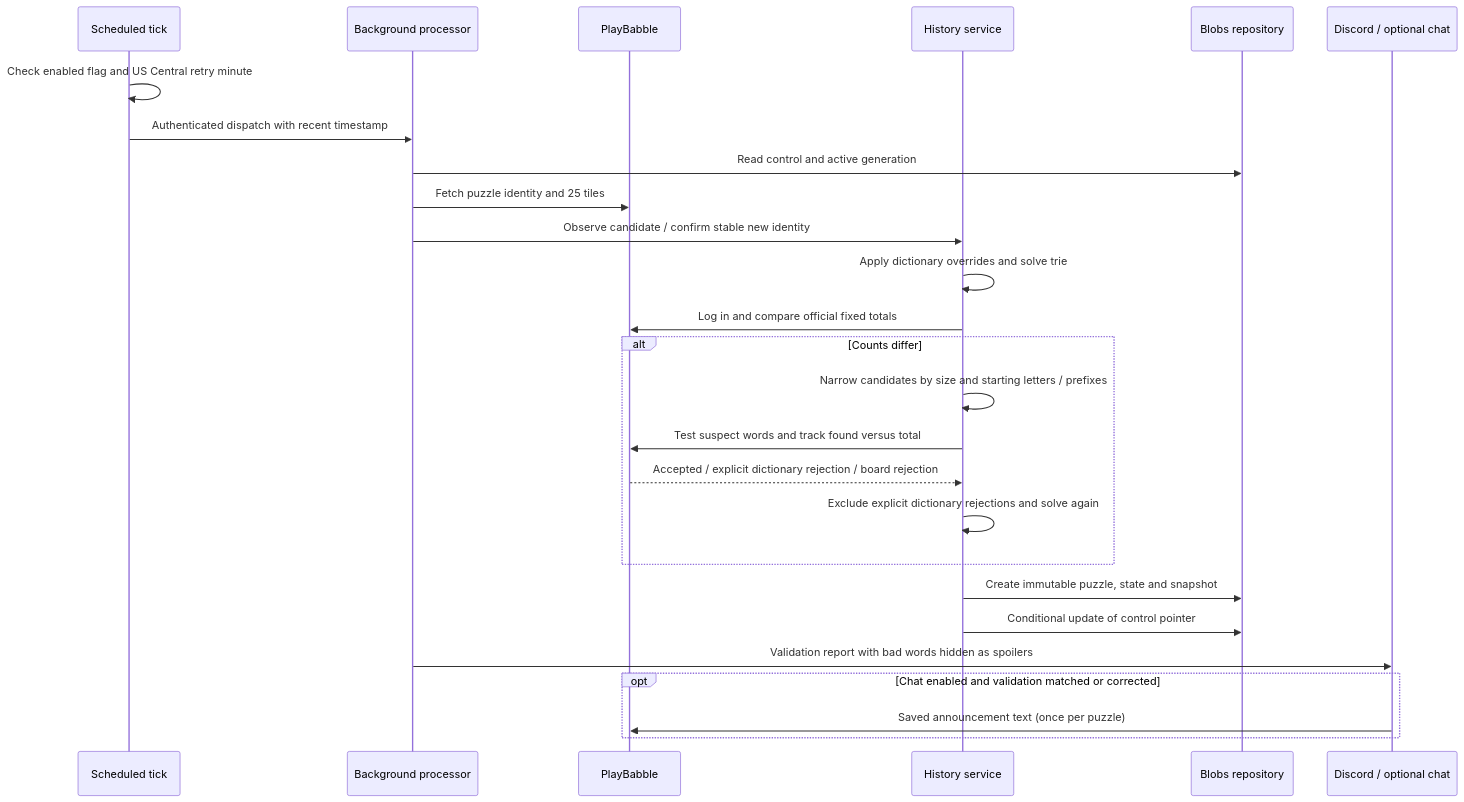
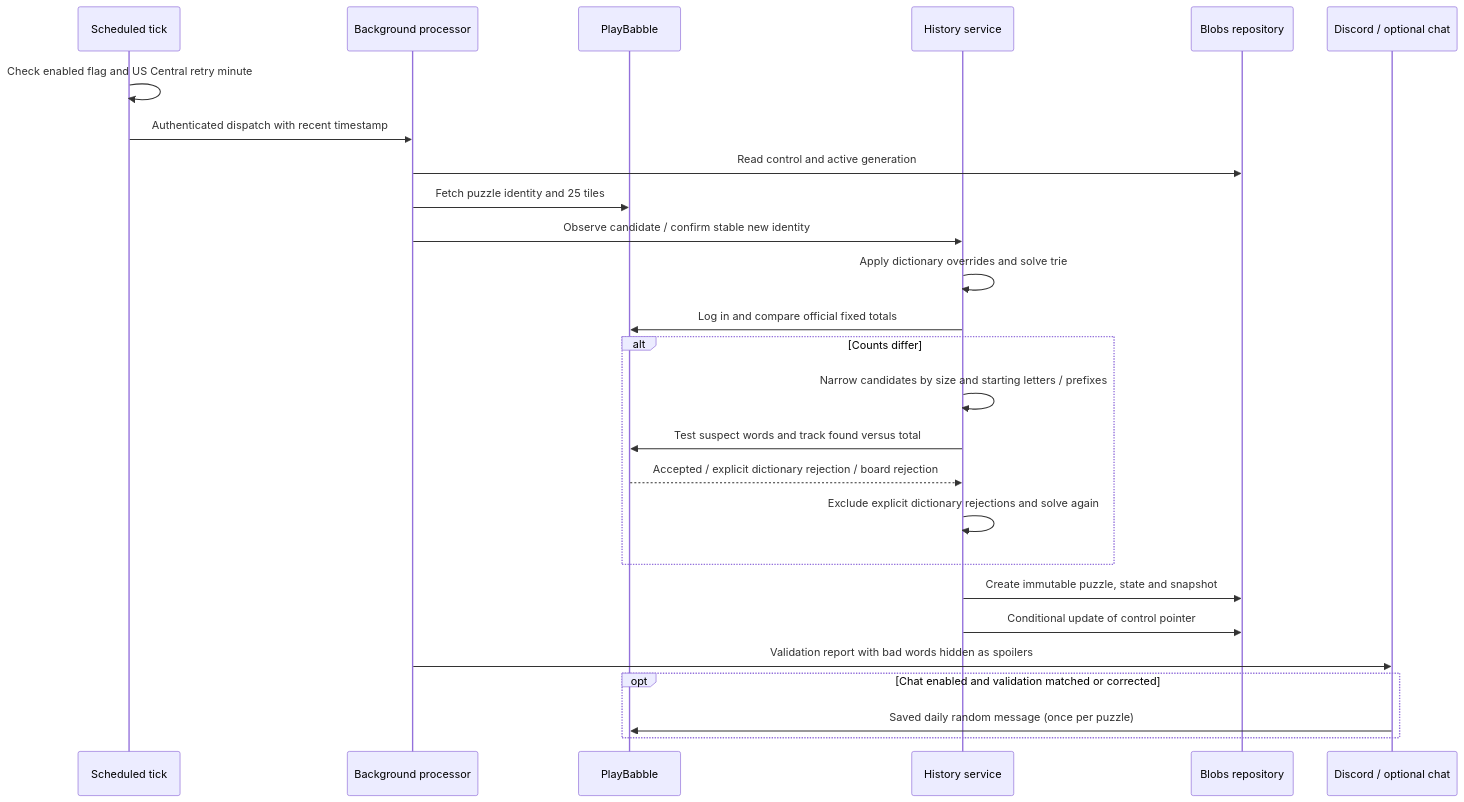
The second of 4 diagrams in docs/ARCHITECTURE.md (licketySplitAUS/SelfServeClues), drawn with Mermaid before and after one commit. The commit also changed other lines of this file and 17 other files, not shown here.

Commit message:
Add daily random chat message library and explain unseen word dice conflicts

````diff
--- a/docs/ARCHITECTURE.md
+++ b/docs/ARCHITECTURE.md
@@ -77,28 +77,28 @@
 ```mermaid
 sequenceDiagram
     participant Cron as Scheduled tick
     participant Job as Background processor
     participant PB as PlayBabble
     participant Solver as History service
     participant Store as Blobs repository
     participant Notice as Discord / optional chat
     Cron->>Cron: Check enabled flag and US Central retry minute
     Cron->>Job: Authenticated dispatch with recent timestamp
     Job->>Store: Read control and active generation
     Job->>PB: Fetch puzzle identity and 25 tiles
     Job->>Solver: Observe candidate / confirm stable new identity
     Solver->>Solver: Apply dictionary overrides and solve trie
     Solver->>PB: Log in and compare official fixed totals
     alt Counts differ
         Solver->>Solver: Narrow candidates by size and starting letters / prefixes
         Solver->>PB: Test suspect words and track found versus total
         PB-->>Solver: Accepted / explicit dictionary rejection / board rejection
         Solver->>Solver: Exclude explicit dictionary rejections and solve again
     end
     Solver->>Store: Create immutable puzzle, state and snapshot
     Solver->>Store: Conditional update of control pointer
     Job->>Notice: Validation report with bad words hidden as spoilers
     opt Chat enabled and validation matched or corrected
-        Notice->>PB: Saved announcement text (once per puzzle)
+        Notice->>PB: Saved daily random message (once per puzzle)
     end
 ```
````
